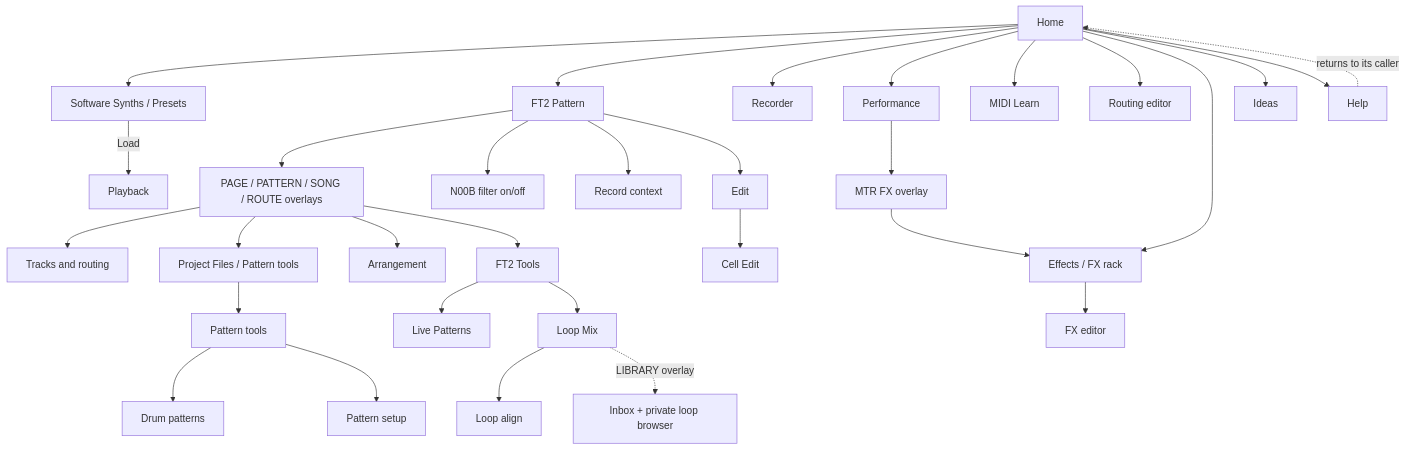
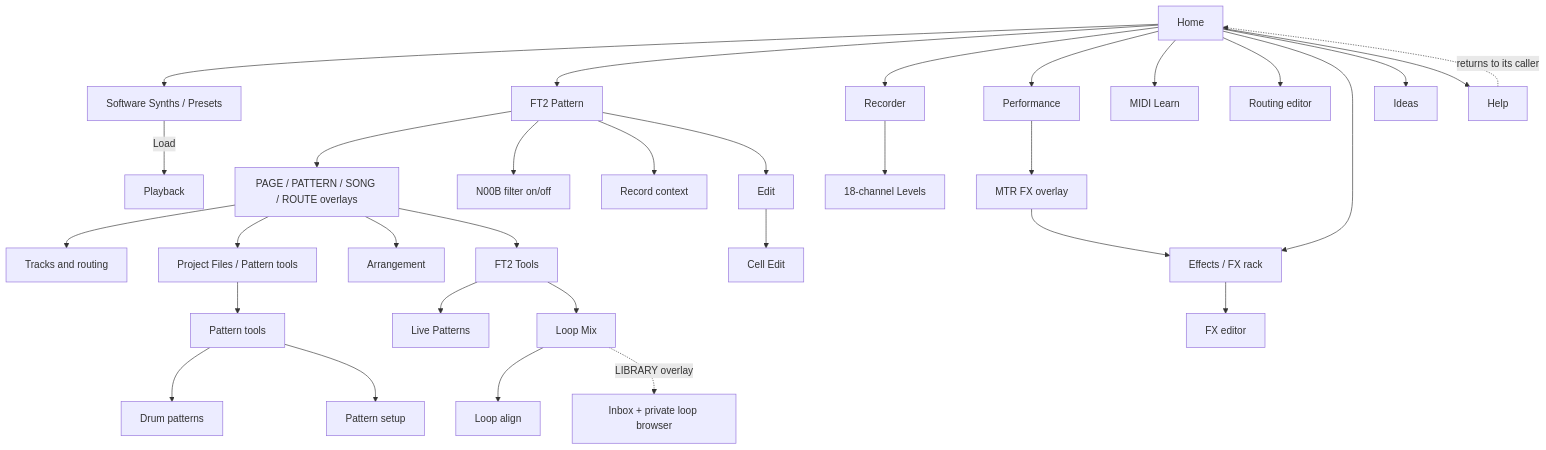
One commit to PaolaShultz/shr-daw changed the diagram in docs/MENU_MANUAL.md. Above: the diagram before and after it, drawn with Mermaid. The commit also changed other lines of this file and 41 other files, not shown here.

Commit message:
Add native 18-channel input levels screen

````diff
--- a/docs/MENU_MANUAL.md
+++ b/docs/MENU_MANUAL.md
@@ -74,33 +79,34 @@
 ```mermaid
 flowchart TD
     H0[Home] --> P[Software Synths / Presets]
     H0 --> T[FT2 Pattern]
     H0 --> A[Recorder]
+    A --> LV[18-channel Levels]
     H0 --> M[Performance]
     H0 --> ML[MIDI Learn]
     H0 --> RTE[Routing editor]
     H0 --> FX[Effects / FX rack]
     H0 --> I[Ideas]
     H0 --> H[Help]
     P -->|Load| PB[Playback]
     M --> MO[MTR FX overlay]
     MO --> FX
     FX --> FE[FX editor]
     T --> ON[PAGE / PATTERN / SONG / ROUTE overlays]
     T --> N[N00B filter on/off]
     T --> R[Record context]
     T --> E[Edit]
     E --> CE[Cell Edit]
     ON --> TR[Tracks and routing]
     ON --> F[Project Files / Pattern tools]
     ON --> AR[Arrangement]
     ON --> TT[FT2 Tools]
     TT --> LP[Live Patterns]
     TT --> L[Loop Mix]
     F --> PT[Pattern tools]
     PT --> D[Drum patterns]
     PT --> PS[Pattern setup]
     L --> LA[Loop align]
     L -. LIBRARY overlay .-> LL[Inbox + private loop browser]
     H -. returns to its caller .-> H0
 ```
````
